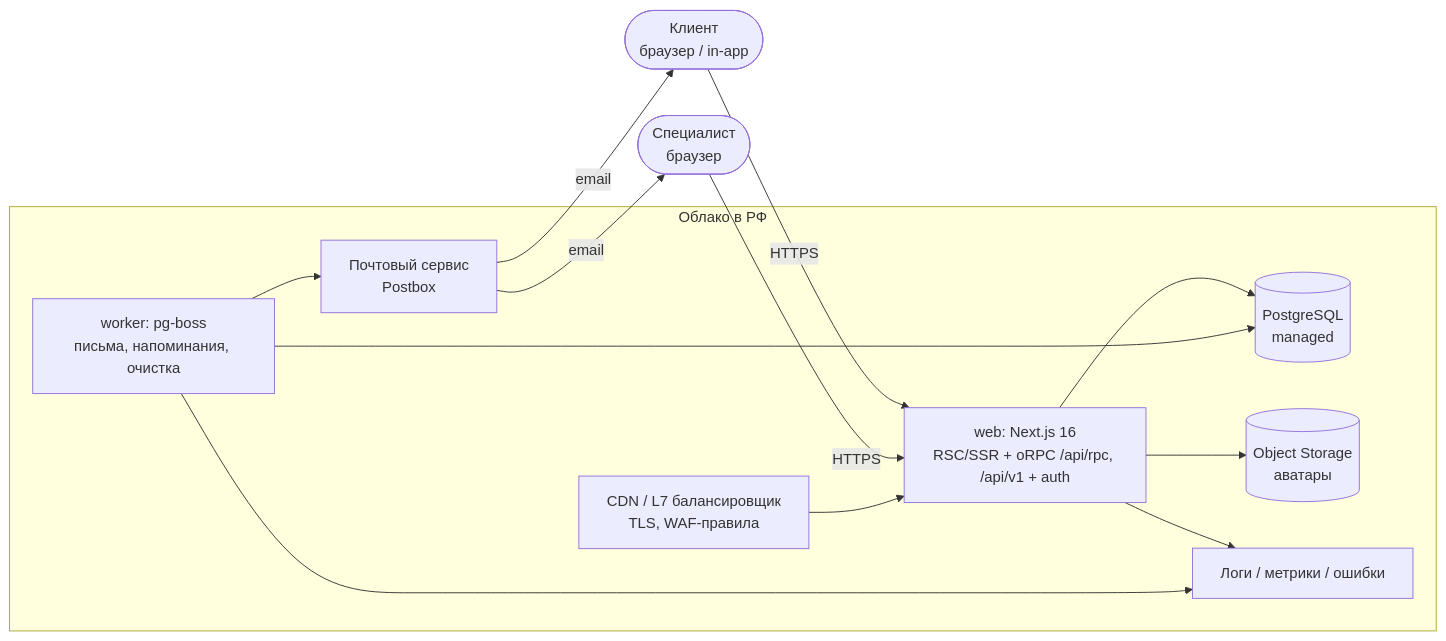
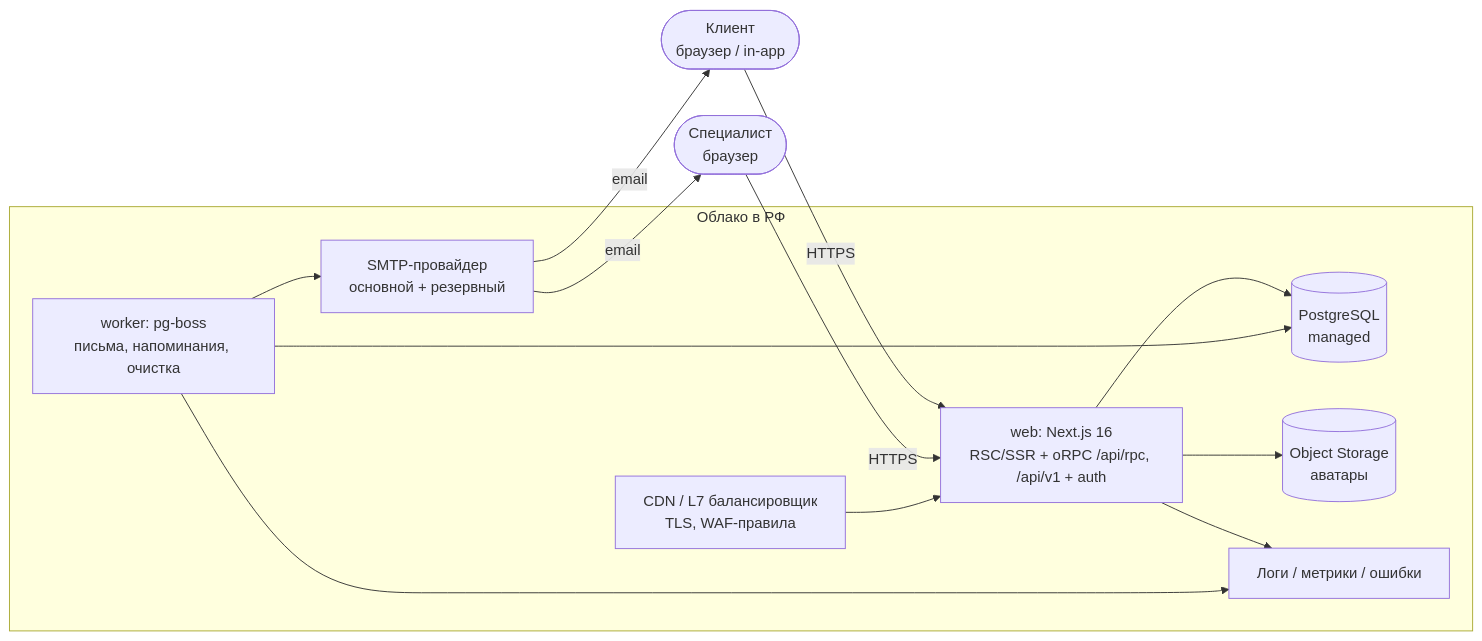
One commit to Evgeniy04/enroll changed the first of 2 diagrams in docs/product-blueprint/14-architecture.md. Above: the diagram before and after it, drawn with Mermaid. The commit also changed other lines of this file and 18 other files, not shown here.

````diff
--- a/docs/product-blueprint/14-architecture.md
+++ b/docs/product-blueprint/14-architecture.md
@@ -11,23 +11,23 @@
 ```mermaid
 flowchart LR
   Client([Клиент<br/>браузер / in-app]) -->|HTTPS| Web
   Spec([Специалист<br/>браузер]) -->|HTTPS| Web
   subgraph RF[Облако в РФ]
     CDN[CDN / L7 балансировщик<br/>TLS, WAF-правила]
     Web[web: Next.js 16<br/>RSC/SSR + oRPC /api/rpc, /api/v1 + auth]
     Worker[worker: pg-boss<br/>письма, напоминания, очистка]
     PG[(PostgreSQL<br/>managed)]
     S3[(Object Storage<br/>аватары)]
-    Mail[Почтовый сервис<br/>Postbox]
+    Mail[SMTP-провайдер<br/>основной + резервный]
     Logs[Логи / метрики / ошибки]
   end
   CDN --> Web
   Web --> PG
   Web --> S3
   Worker --> PG
   Worker --> Mail
   Web --> Logs
   Worker --> Logs
   Mail -->|email| Client
   Mail -->|email| Spec
 ```
````
